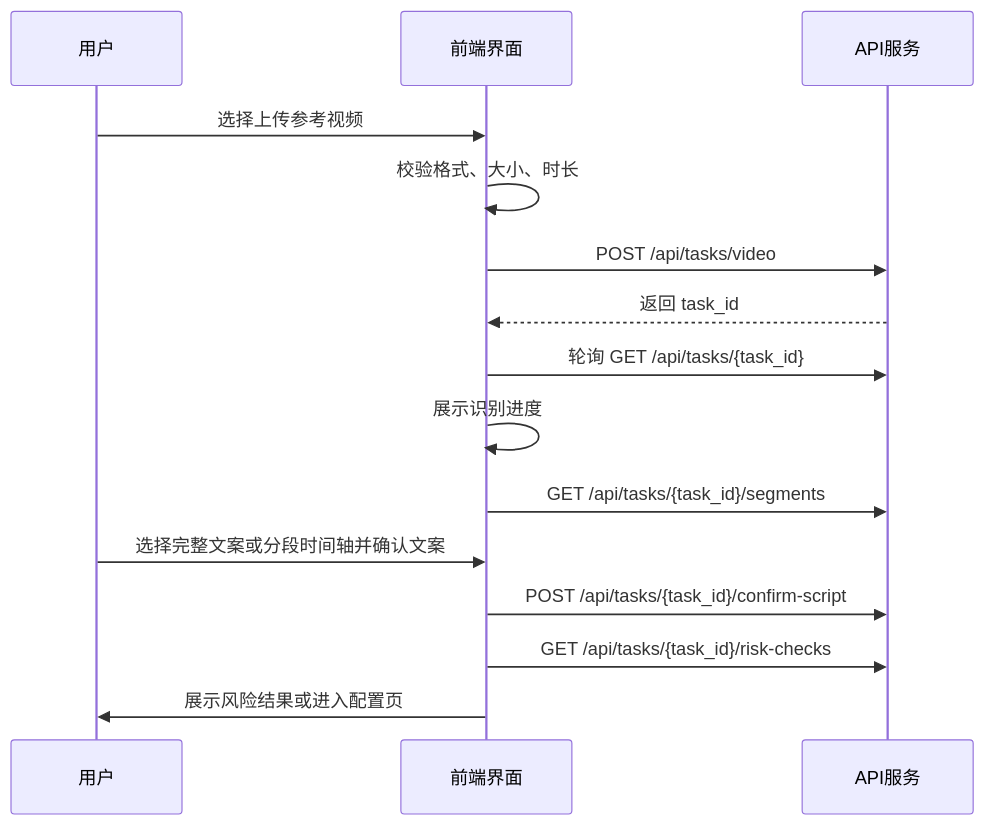
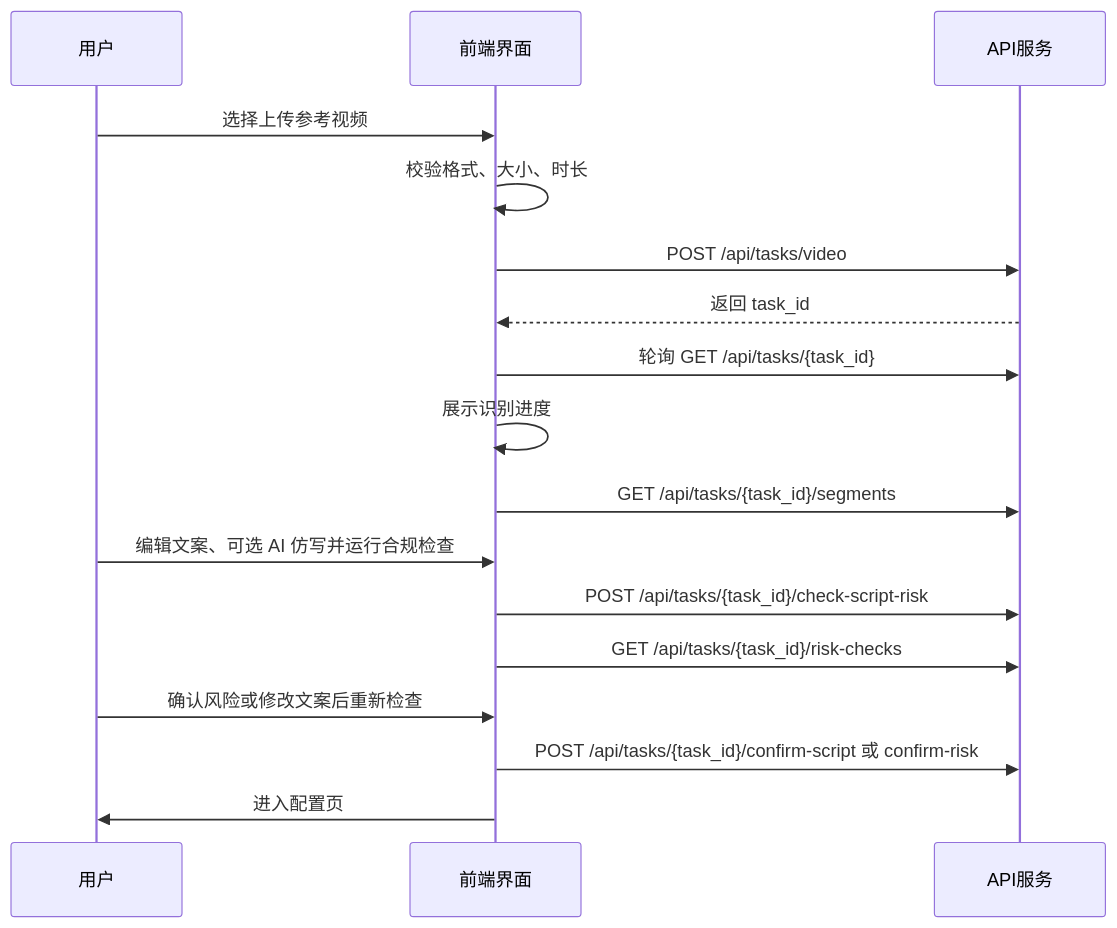
The second of 3 diagrams in docs/ui-design.md (AlphaSphere/DigitalHuman), drawn with Mermaid before and after one commit. The commit also changed other lines of this file and 118 other files, not shown here.

````diff
--- a/docs/ui-design.md
+++ b/docs/ui-design.md
@@ -99,18 +99,20 @@
 ```mermaid
 sequenceDiagram
   participant User as 用户
   participant UI as 前端界面
   participant API as API服务
 
   User->>UI: 选择上传参考视频
   UI->>UI: 校验格式、大小、时长
   UI->>API: POST /api/tasks/video
   API-->>UI: 返回 task_id
   UI->>API: 轮询 GET /api/tasks/{task_id}
   UI->>UI: 展示识别进度
   UI->>API: GET /api/tasks/{task_id}/segments
-  User->>UI: 选择完整文案或分段时间轴并确认文案
-  UI->>API: POST /api/tasks/{task_id}/confirm-script
+  User->>UI: 编辑文案、可选 AI 仿写并运行合规检查
+  UI->>API: POST /api/tasks/{task_id}/check-script-risk
   UI->>API: GET /api/tasks/{task_id}/risk-checks
-  UI->>User: 展示风险结果或进入配置页
+  User->>UI: 确认风险或修改文案后重新检查
+  UI->>API: POST /api/tasks/{task_id}/confirm-script 或 confirm-risk
+  UI->>User: 进入配置页
 ```
````
